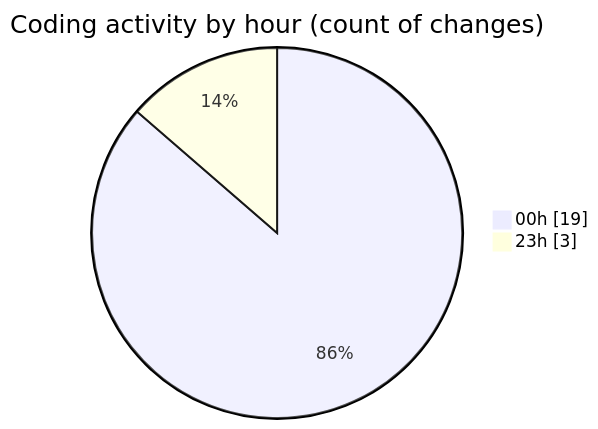
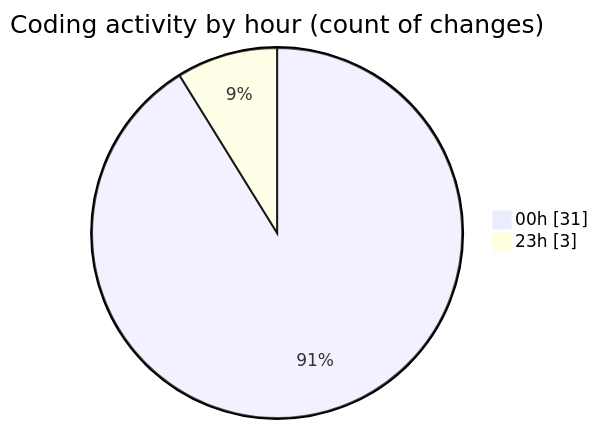
The second of 2 diagrams in 2025-07-28/quanlyrapchieuphim-1/README.md (lephambinh05/code-tracking), drawn with Mermaid before and after one commit. The commit also changed other lines of this file and 1 other file, not shown here.

````diff
--- a/2025-07-28/quanlyrapchieuphim-1/README.md
+++ b/2025-07-28/quanlyrapchieuphim-1/README.md
@@ -40,6 +42,6 @@
 ```mermaid
 pie showData
 title Coding activity by hour (count of changes)
-"00h" : 19
+"00h" : 31
 "23h" : 3
 ```
````
